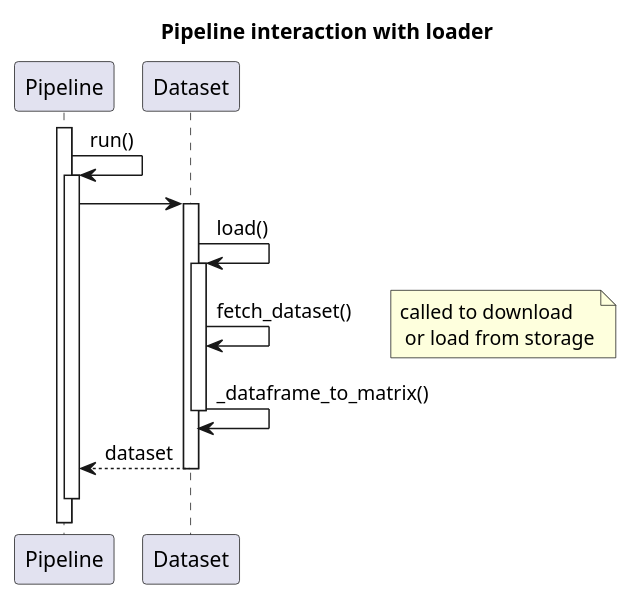
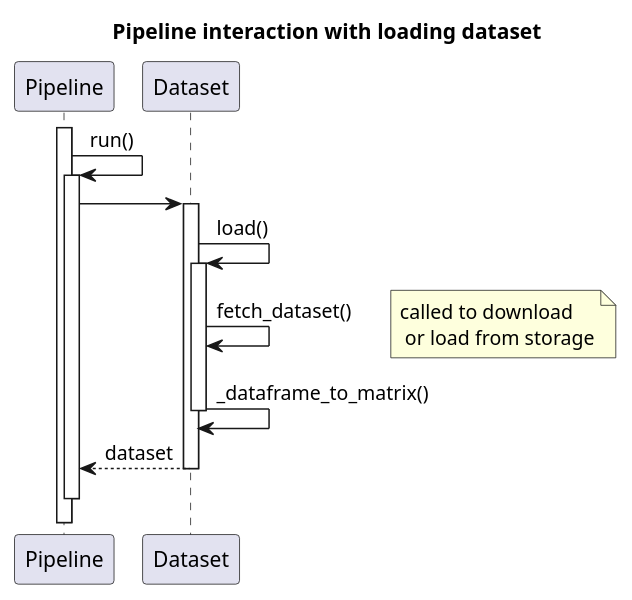
One commit to HiIAmTzeKean/Streamsight changed the first of 3 diagrams in docs/architecture_draft.md. Above: the diagram before and after it, drawn with PlantUML. The commit also changed other lines of this file and 2 other files, not shown here.

````diff
--- a/docs/architecture_draft.md
+++ b/docs/architecture_draft.md
@@ -78,14 +81,14 @@
 ```plantuml
 @startuml
-title Pipeline interaction with loader
+title Pipeline interaction with loading dataset
 activate Pipeline
 Pipeline -> Pipeline ++: run()
 Pipeline -> Dataset ++
 Dataset -> Dataset ++ : load()
 Dataset -> Dataset: fetch_dataset()
 note right: called to download \n or load from storage
 Dataset -> Dataset -- : _dataframe_to_matrix()
 Dataset --> Pipeline -- : dataset
 Pipeline -[hidden]-> Pipeline --
 @enduml
 ```
````
